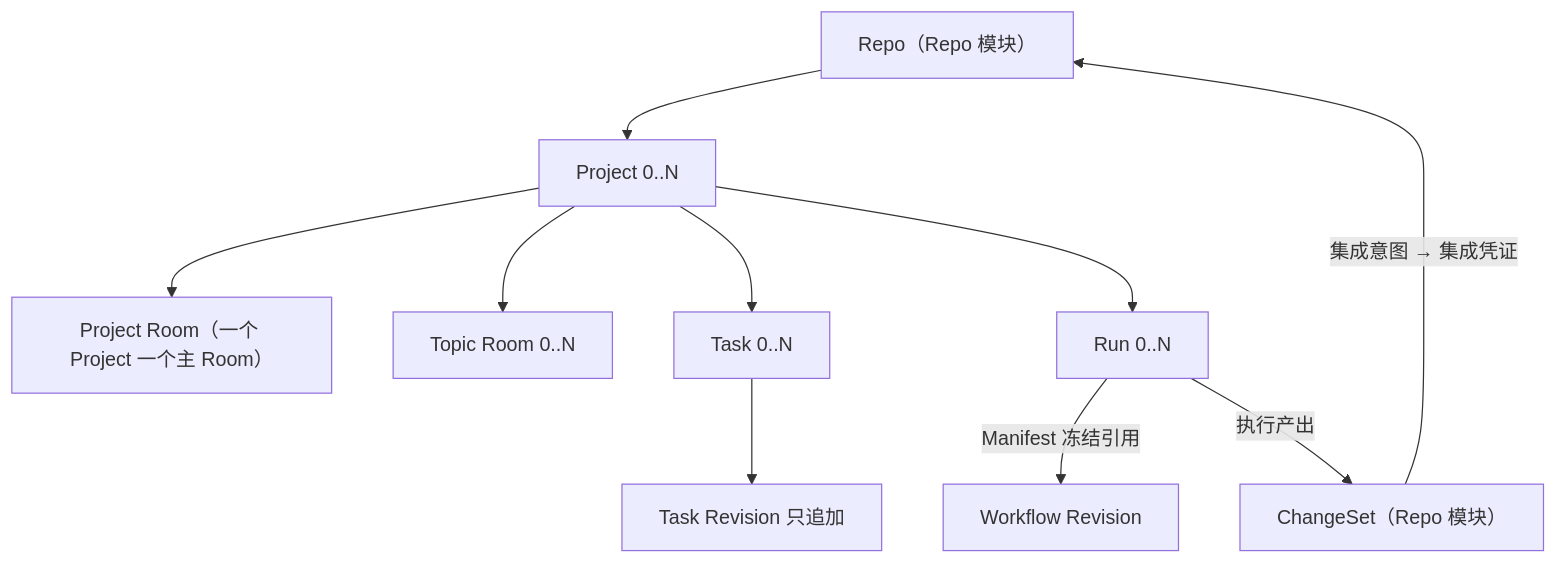
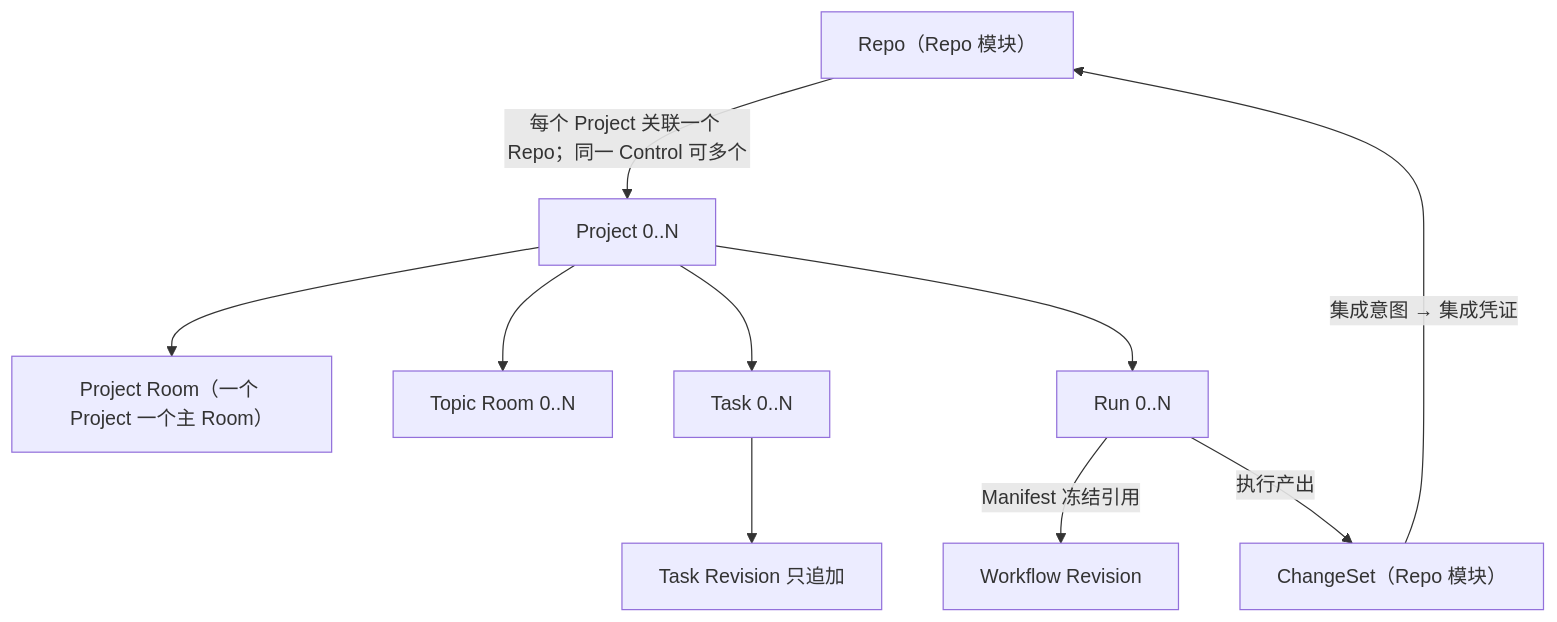
The diagram in docs/design/README.md (yesme/hctl2), drawn with Mermaid before and after one commit. The commit also changed other lines of this file and 26 other files, not shown here.

````diff
--- a/docs/design/README.md
+++ b/docs/design/README.md
@@ -34,12 +34,12 @@
 ```mermaid
 flowchart TD
-    R["Repo（Repo 模块）"] --> P["Project 0..N"]
+    R["Repo（Repo 模块）"] -->|每个 Project 关联一个 Repo；同一 Control 可多个| P["Project 0..N"]
     P --> PR["Project Room（一个 Project 一个主 Room）"]
     P --> TP["Topic Room 0..N"]
     P --> T["Task 0..N"]
     P --> RN["Run 0..N"]
     T --> TR["Task Revision 只追加"]
     RN -->|Manifest 冻结引用| W["Workflow Revision"]
     RN -->|执行产出| CS["ChangeSet（Repo 模块）"]
     CS -->|集成意图 → 集成凭证| R
 ```
````
